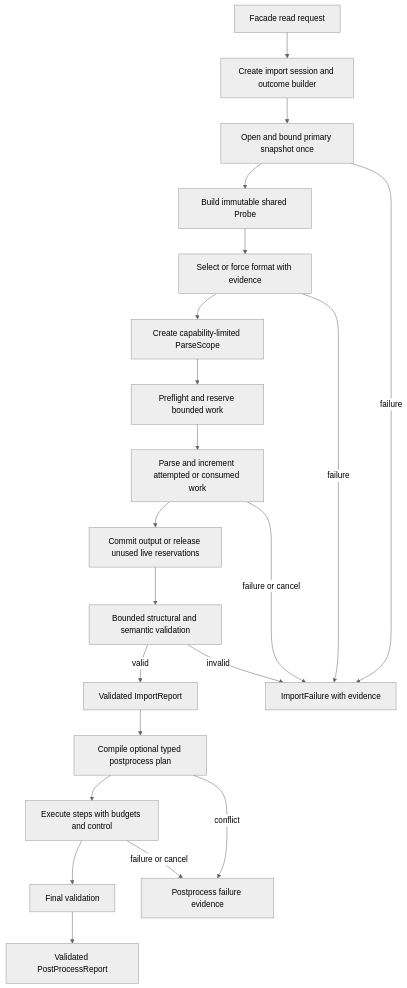
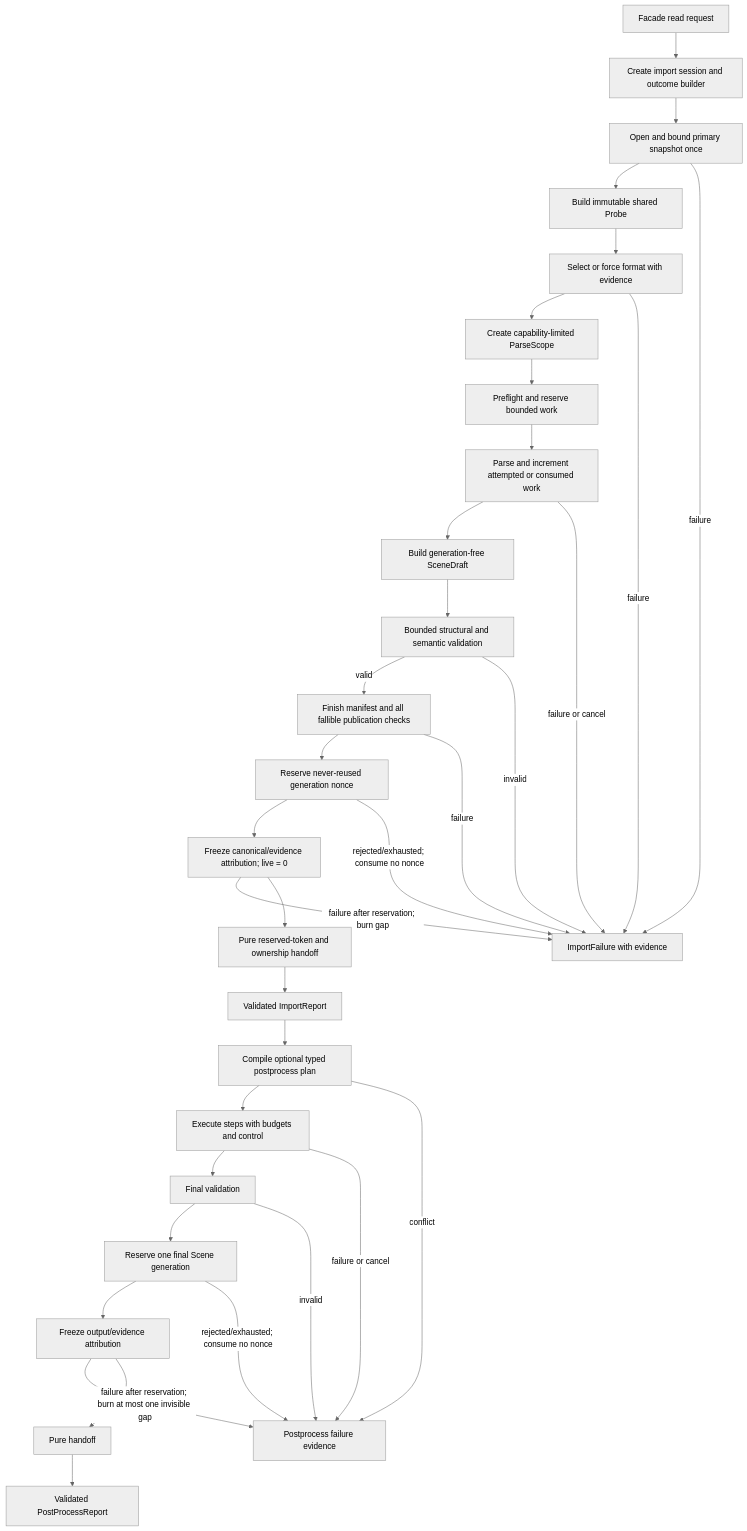
One commit to Latias94/baozi changed the first of 3 diagrams in docs/plans/2026-07-10-001-refactor-baozi-canonical-architecture-plan.md. Above: the diagram before and after it, drawn with Mermaid (neutral theme). The commit also changed other lines of this file and 5 other files, not shown here.

````diff
--- a/docs/plans/2026-07-10-001-refactor-baozi-canonical-architecture-plan.md
+++ b/docs/plans/2026-07-10-001-refactor-baozi-canonical-architecture-plan.md
@@ -178,23 +181,36 @@
 ```mermaid
 flowchart TB
   Entry[Facade read request] --> Session[Create import session and outcome builder]
   Session --> Snapshot[Open and bound primary snapshot once]
   Snapshot --> Probe[Build immutable shared Probe]
   Probe --> Select[Select or force format with evidence]
   Select --> Scope[Create capability-limited ParseScope]
   Scope --> Budget[Preflight and reserve bounded work]
   Budget --> Parse[Parse and increment attempted or consumed work]
-  Parse --> Account[Commit output or release unused live reservations]
-  Account --> Validate[Bounded structural and semantic validation]
-  Validate -->|valid| Success[Validated ImportReport]
+  Parse --> Draft[Build generation-free SceneDraft]
+  Draft --> Validate[Bounded structural and semantic validation]
+  Validate -->|valid| Prepare[Finish manifest and all fallible publication checks]
+  Prepare --> ReserveGeneration[Reserve never-reused generation nonce]
+  ReserveGeneration --> Freeze[Freeze canonical/evidence attribution; live = 0]
+  Freeze -->|failure after reservation; burn gap| Failure
+  Freeze --> Handoff[Pure reserved-token and ownership handoff]
+  Handoff --> Success[Validated ImportReport]
   Snapshot -->|failure| Failure[ImportFailure with evidence]
   Select -->|failure| Failure
   Parse -->|failure or cancel| Failure
   Validate -->|invalid| Failure
+  Prepare -->|failure| Failure
+  ReserveGeneration -->|rejected/exhausted; consume no nonce| Failure
   Success --> Compile[Compile optional typed postprocess plan]
   Compile --> Execute[Execute steps with budgets and control]
   Execute --> FinalValidate[Final validation]
-  FinalValidate --> Output[Validated PostProcessReport]
+  FinalValidate --> ProcessReserve[Reserve one final Scene generation]
+  ProcessReserve --> ProcessFreeze[Freeze output/evidence attribution]
+  ProcessFreeze -->|failure after reservation; burn at most one invisible gap| ProcessFailure
+  ProcessFreeze --> ProcessHandoff[Pure handoff]
+  ProcessHandoff --> Output[Validated PostProcessReport]
   Compile -->|conflict| ProcessFailure[Postprocess failure evidence]
   Execute -->|failure or cancel| ProcessFailure
+  FinalValidate -->|invalid| ProcessFailure
+  ProcessReserve -->|rejected/exhausted; consume no nonce| ProcessFailure
 ```
````
